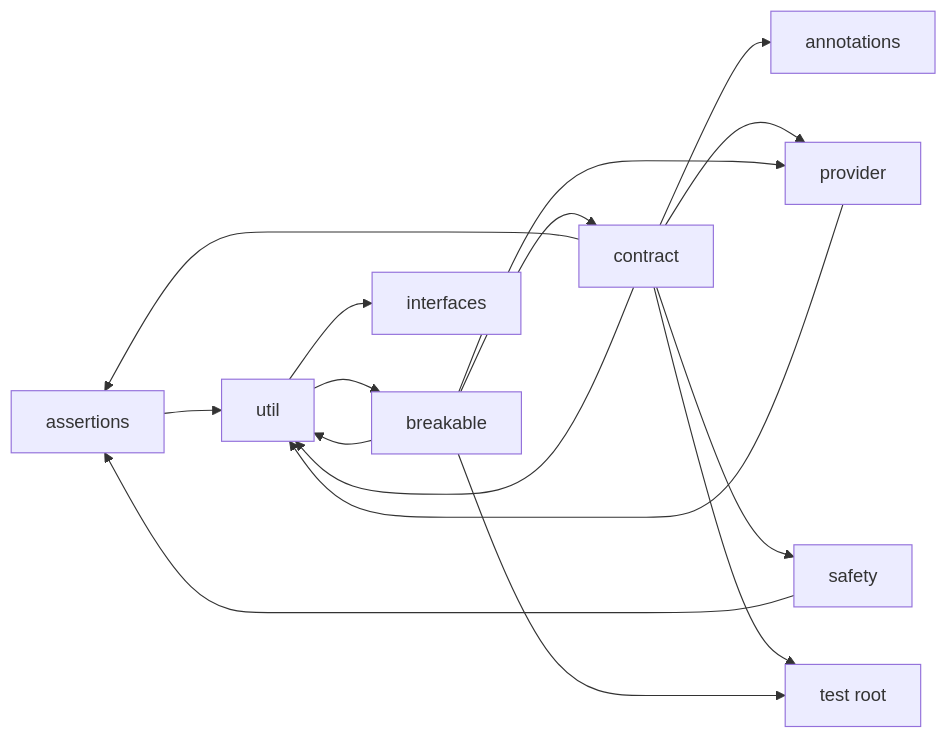
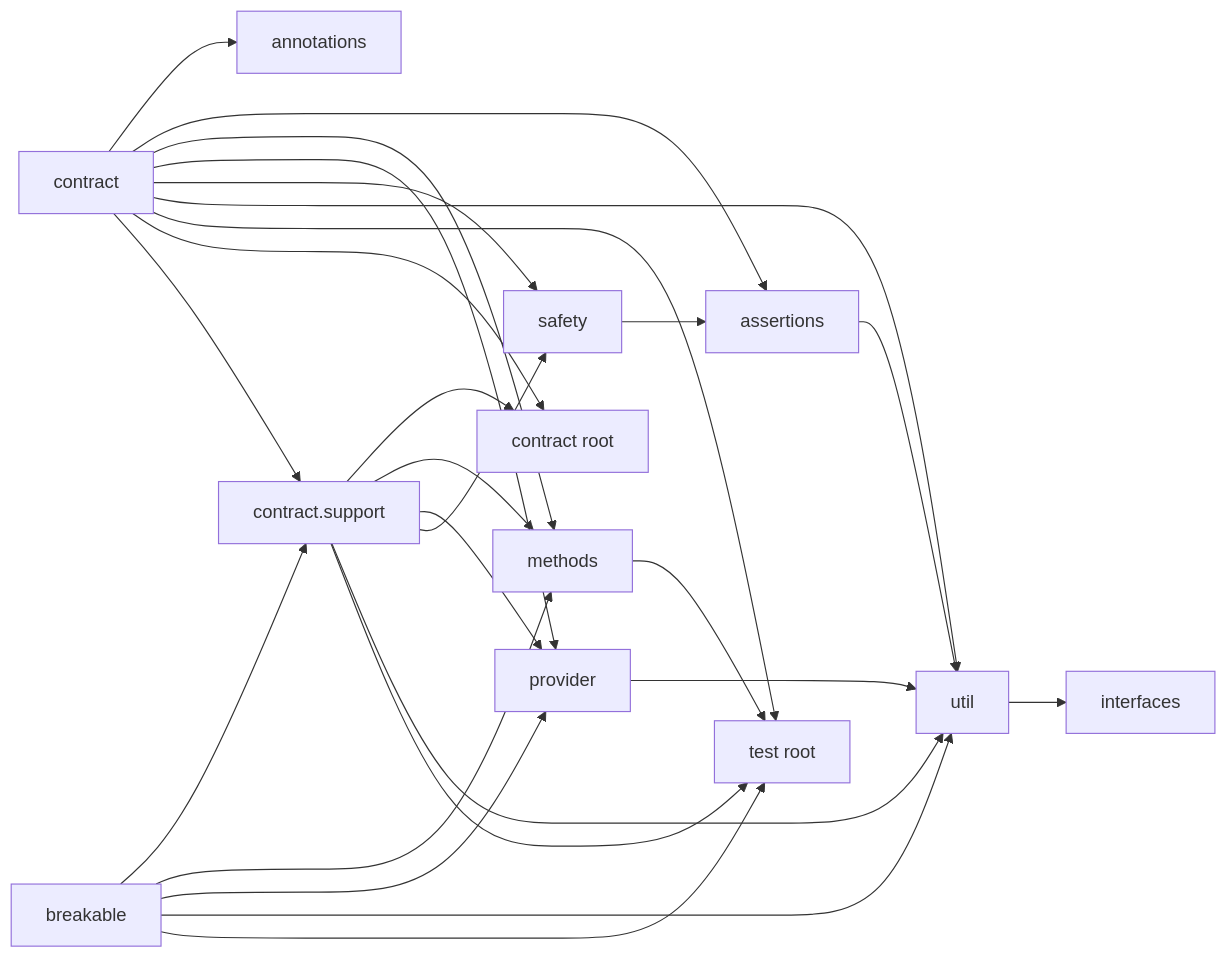
One commit to evanbergstrom/soliscode-test changed the diagram in docs/design/system/architecture.md. Above: the diagram before and after it, drawn with Mermaid. The commit also changed other lines of this file and 317 other files, not shown here.

````diff
--- a/docs/design/system/architecture.md
+++ b/docs/design/system/architecture.md
@@ -58,27 +59,39 @@
 ```mermaid
 graph LR
   root[test root]
   ann[annotations]
   asr[assertions]
   brk[breakable]
   con[contract]
   ifc[interfaces]
+  mth[methods]
   prv[provider]
   saf[safety]
   utl[util]
   con --> ann
   con --> asr
+  con --> mth
   con --> prv
   con --> saf
   con --> utl
   con --> root
-  brk --> con
+  cfg[contract root]
+  con --> cfg
+  con --> csu[contract.support]
+  csu --> cfg
+  csu --> mth
+  csu --> prv
+  csu --> saf
+  csu --> utl
+  csu --> root
+  brk --> csu
+  brk --> mth
   brk --> prv
   brk --> utl
   brk --> root
+  mth --> root
   asr --> utl
   saf --> asr
   prv --> utl
-  utl --> brk
   utl --> ifc
 ```
````
